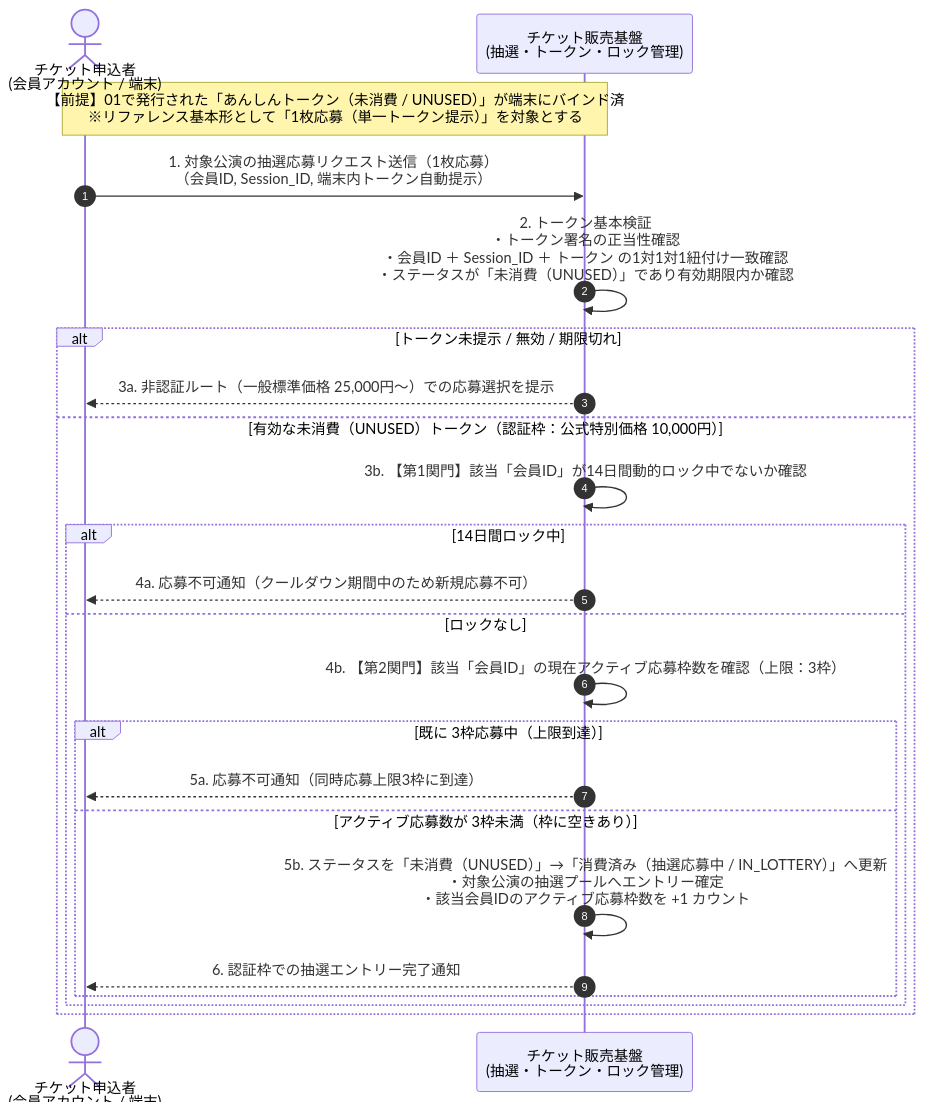
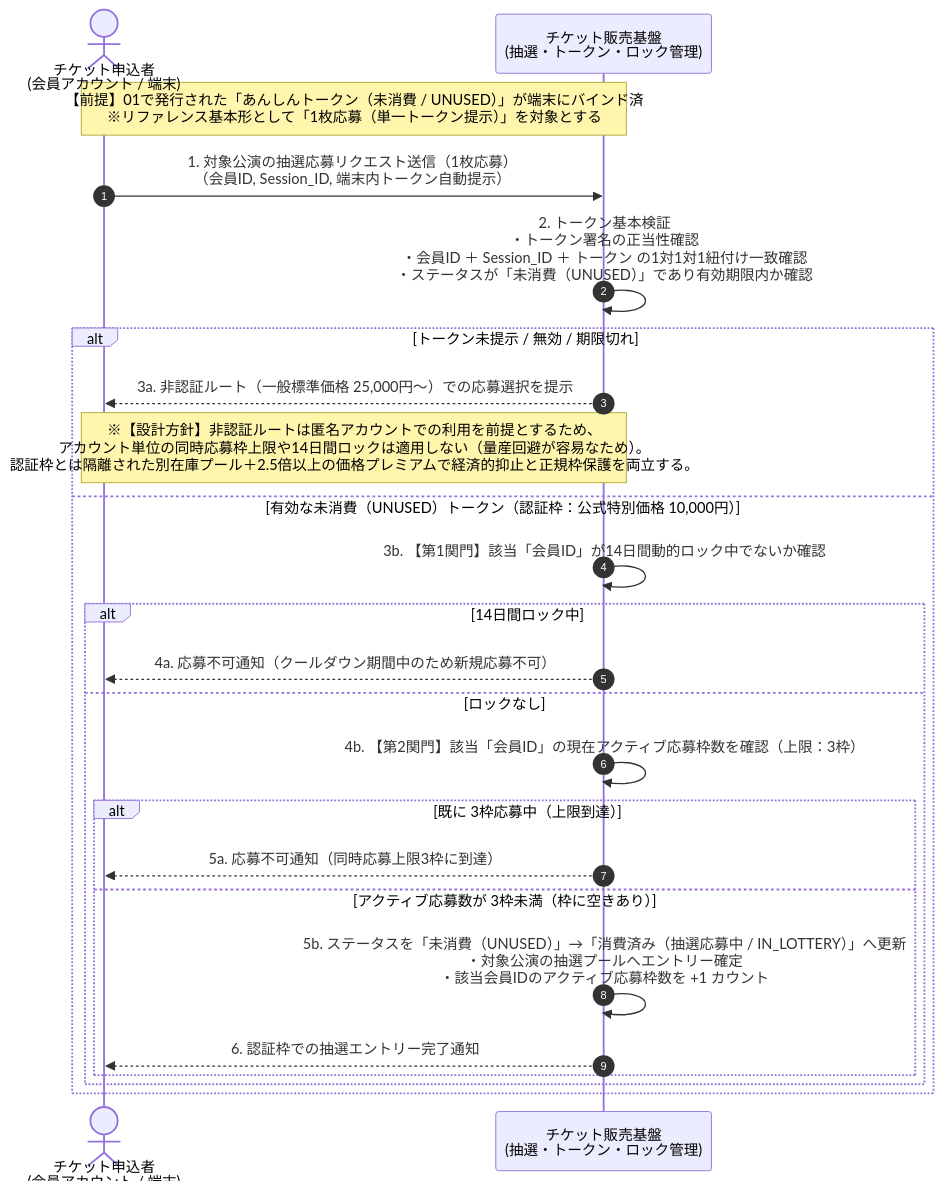
One commit to naochantoiresouji/anshin-seika changed the diagram in anshin-seika-reference/sequences/02_lottery_entry_and_cap.md. Above: the diagram before and after it, drawn with Mermaid. The commit also changed 4 other files, not shown here.

````diff
--- a/anshin-seika-reference/sequences/02_lottery_entry_and_cap.md
+++ b/anshin-seika-reference/sequences/02_lottery_entry_and_cap.md
@@ -2,34 +2,35 @@
 ```mermaid
 %%{init: {'theme': 'default'}}%%
-
 
 sequenceDiagram
     autonumber
     actor Applicant as チケット申込者<br/>(会員アカウント / 端末)
     participant SalesSys as チケット販売基盤<br/>(抽選・トークン・ロック管理)
 
     Note over Applicant, SalesSys: 【前提】01で発行された「あんしんトークン（未消費 / UNUSED）」が端末にバインド済<br/>※リファレンス基本形として「1枚応募（単一トークン提示）」を対象とする
 
     Applicant->>SalesSys: 1. 対象公演の抽選応募リクエスト送信（1枚応募）<br/>（会員ID, Session_ID, 端末内トークン自動提示）
 
     SalesSys->>SalesSys: 2. トークン基本検証<br/>・トークン署名の正当性確認<br/>・会員ID ＋ Session_ID ＋ トークン の1対1対1紐付け一致確認<br/>・ステータスが「未消費（UNUSED）」であり有効期限内か確認
 
     alt トークン未提示 / 無効 / 期限切れ
         SalesSys-->>Applicant: 3a. 非認証ルート（一般標準価格 25,000円〜）での応募選択を提示
+        Note over Applicant, SalesSys: ※【設計方針】非認証ルートは匿名アカウントでの利用を前提とするため、<br/>アカウント単位の同時応募枠上限や14日間ロックは適用しない（量産回避が容易なため）。<br/>認証枠とは隔離された別在庫プール＋2.5倍以上の価格プレミアムで経済的抑止と正規枠保護を両立する。
     else 有効な未消費（UNUSED）トークン（認証枠：公式特別価格 10,000円）
         SalesSys->>SalesSys: 3b. 【第1関門】該当「会員ID」が14日間動的ロック中でないか確認
 
         alt 14日間ロック中
             SalesSys-->>Applicant: 4a. 応募不可通知（クールダウン期間中のため新規応募不可）
         else ロックなし
             SalesSys->>SalesSys: 4b. 【第2関門】該当「会員ID」の現在アクティブ応募枠数を確認（上限：3枠）
 
             alt 既に 3枠応募中（上限到達）
                 SalesSys-->>Applicant: 5a. 応募不可通知（同時応募上限3枠に到達）
             else アクティブ応募数が 3枠未満（枠に空きあり）
                 SalesSys->>SalesSys: 5b. ステータスを「未消費（UNUSED）」→「消費済み（抽選応募中 / IN_LOTTERY）」へ更新<br/>・対象公演の抽選プールへエントリー確定<br/>・該当会員IDのアクティブ応募枠数を +1 カウント
                 SalesSys-->>Applicant: 6. 認証枠での抽選エントリー完了通知
             end
         end
     end
+
 ```
````
